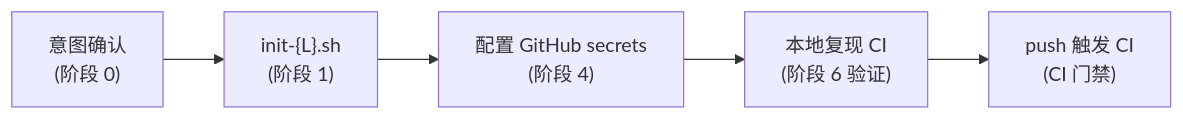
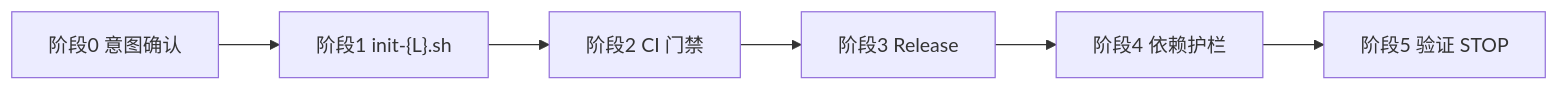
Before and after one commit to Kirky-X/pangu: the diagram in README.md, drawn with Mermaid. The commit also changed other lines of this file and 1 other file, not shown here.

````diff
--- a/README.md
+++ b/README.md
@@ -131,7 +54,4 @@
 ```mermaid
 flowchart LR
-    A["意图确认<br/>(阶段 0)"] --> B["init-{L}.sh<br/>(阶段 1)"]
-    B --> C["配置 GitHub secrets<br/>(阶段 4)"]
-    C --> D["本地复现 CI<br/>(阶段 6 验证)"]
-    D --> E["push 触发 CI<br/>(CI 门禁)"]
+    A["阶段0 意图确认"] --> B["阶段1 init-{L}.sh"] --> C["阶段2 CI 门禁"] --> D["阶段3 Release"] --> E["阶段4 依赖护栏"] --> F["阶段5 验证 STOP"]
 ```
````
